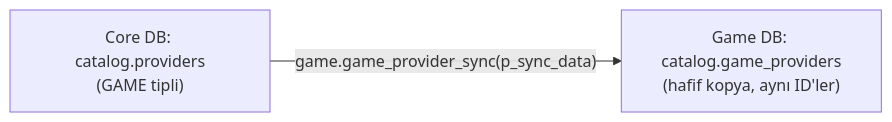
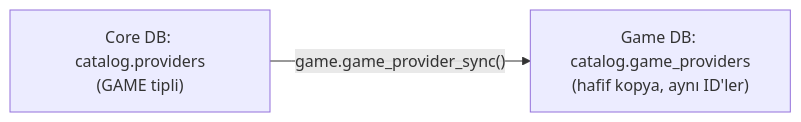
The second of 3 diagrams in .docs/guides/GAME_GATEWAY_GUIDE.md (frhtshn/One.DB), drawn with Mermaid before and after one commit. The commit also changed other lines of this file and 6 other files, not shown here.

Commit message:
docs: Update flowchart formatting for improved readability in multiple guides

````diff
--- a/.docs/guides/GAME_GATEWAY_GUIDE.md
+++ b/.docs/guides/GAME_GATEWAY_GUIDE.md
@@ -41,4 +41,4 @@
 ```mermaid
 flowchart LR
-    A["Core DB: catalog.providers\n(GAME tipli)"] -- "game.game_provider_sync(p_sync_data)" --> B["Game DB: catalog.game_providers\n(hafif kopya, aynı ID'ler)"]
+    A["Core DB: catalog.providers<br/>(GAME tipli)"] -- "game.game_provider_sync()" --> B["Game DB: catalog.game_providers<br/>(hafif kopya, aynı ID'ler)"]
 ```
````
